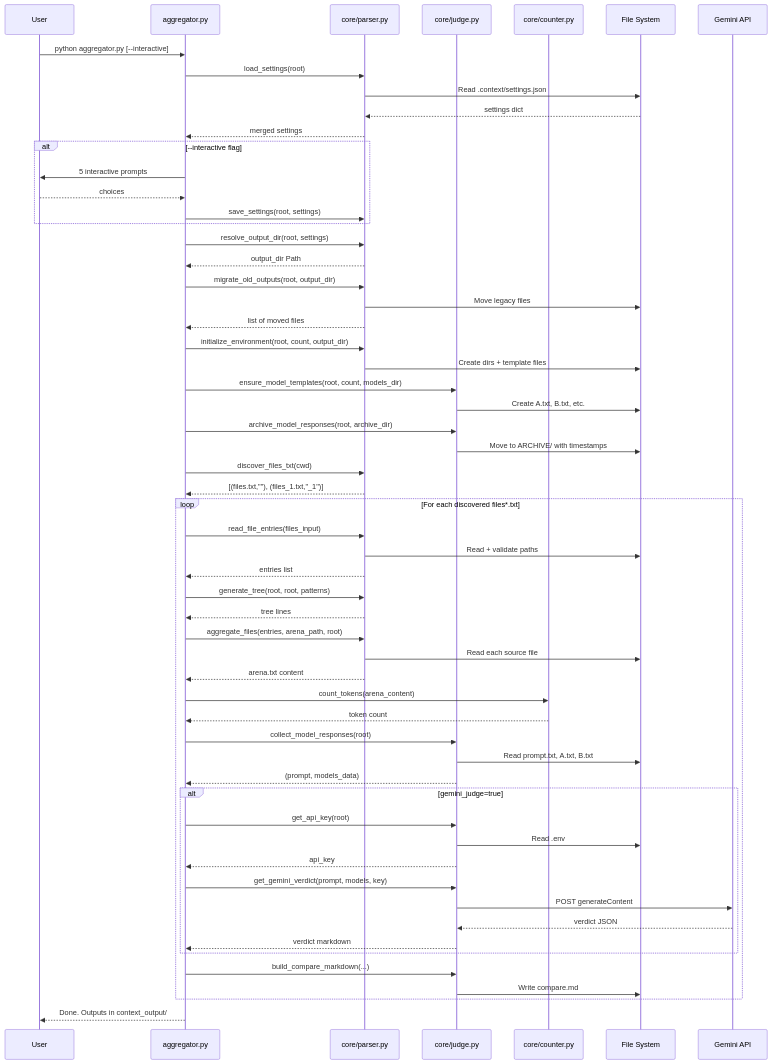
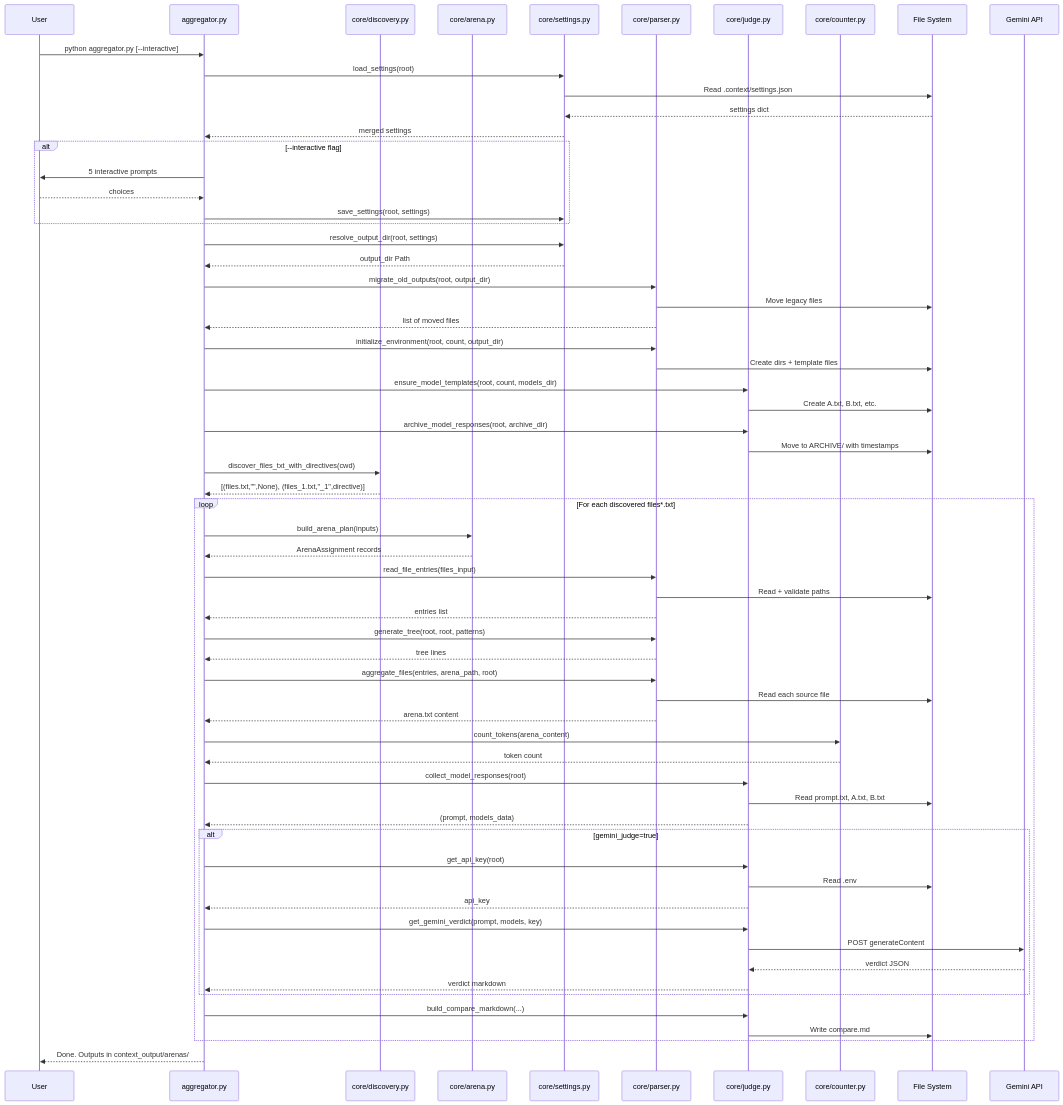
One commit to fotedev/context changed the first of 4 diagrams in VISUALIZATION_PROMPT.md. Above: the diagram before and after it, drawn with Mermaid. The commit also changed other lines of this file and 10 other files, not shown here.

````diff
--- a/VISUALIZATION_PROMPT.md
+++ b/VISUALIZATION_PROMPT.md
@@ -95,6 +128,9 @@
 sequenceDiagram
     participant User
     participant CLI as aggregator.py
+    participant Disc as core/discovery.py
+    participant Ar as core/arena.py
+    participant S as core/settings.py
     participant Parser as core/parser.py
     participant Judge as core/judge.py
     participant Counter as core/counter.py
@@ -102,19 +138,19 @@
     participant Gemini as Gemini API
 
     User->>CLI: python aggregator.py [--interactive]
-    CLI->>Parser: load_settings(root)
-    Parser->>FS: Read .context/settings.json
-    FS-->>Parser: settings dict
-    Parser-->>CLI: merged settings
+    CLI->>S: load_settings(root)
+    S->>FS: Read .context/settings.json
+    FS-->>S: settings dict
+    S-->>CLI: merged settings
 
     alt --interactive flag
         CLI->>User: 5 interactive prompts
         User-->>CLI: choices
-        CLI->>Parser: save_settings(root, settings)
+        CLI->>S: save_settings(root, settings)
     end
 
-    CLI->>Parser: resolve_output_dir(root, settings)
-    Parser-->>CLI: output_dir Path
+    CLI->>S: resolve_output_dir(root, settings)
+    S-->>CLI: output_dir Path
 
     CLI->>Parser: migrate_old_outputs(root, output_dir)
     Parser->>FS: Move legacy files
@@ -129,10 +165,13 @@
     CLI->>Judge: archive_model_responses(root, archive_dir)
     Judge->>FS: Move to ARCHIVE/ with timestamps
 
-    CLI->>Parser: discover_files_txt(cwd)
-    Parser-->>CLI: [(files.txt,""), (files_1.txt,"_1")]
+    CLI->>Disc: discover_files_txt_with_directives(cwd)
+    Disc-->>CLI: [(files.txt,"",None), (files_1.txt,"_1",directive)]
 
     loop For each discovered files*.txt
+        CLI->>Ar: build_arena_plan(inputs)
+        Ar-->>CLI: ArenaAssignment records
+
         CLI->>Parser: read_file_entries(files_input)
         Parser->>FS: Read + validate paths
         Parser-->>CLI: entries list
@@ -166,5 +205,5 @@
         Judge->>FS: Write compare.md
     end
 
-    CLI-->>User: Done. Outputs in context_output/
+    CLI-->>User: Done. Outputs in context_output/arenas/
 ```
````
